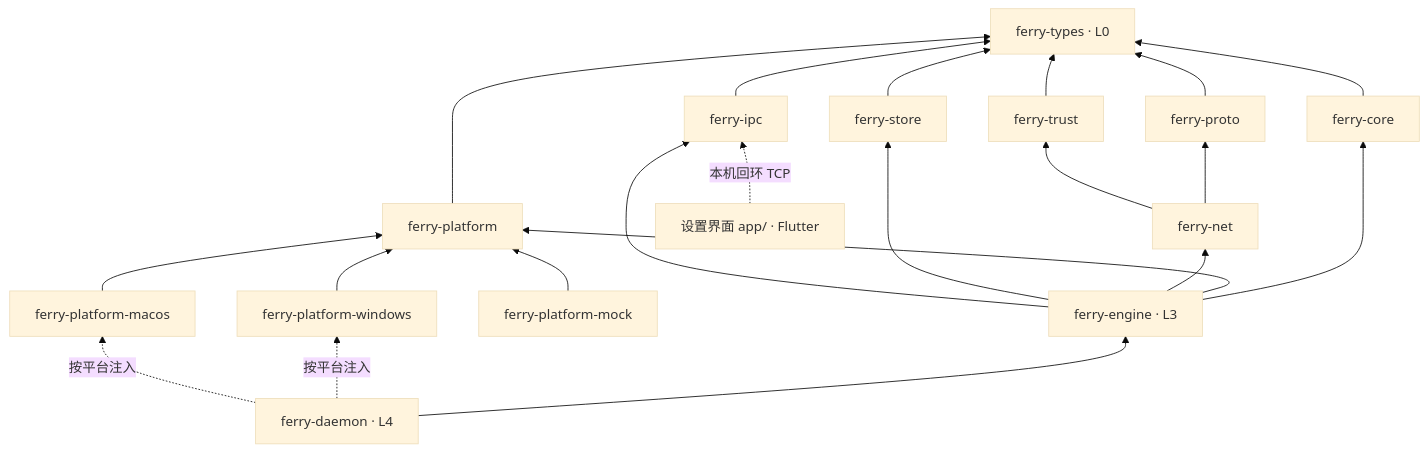
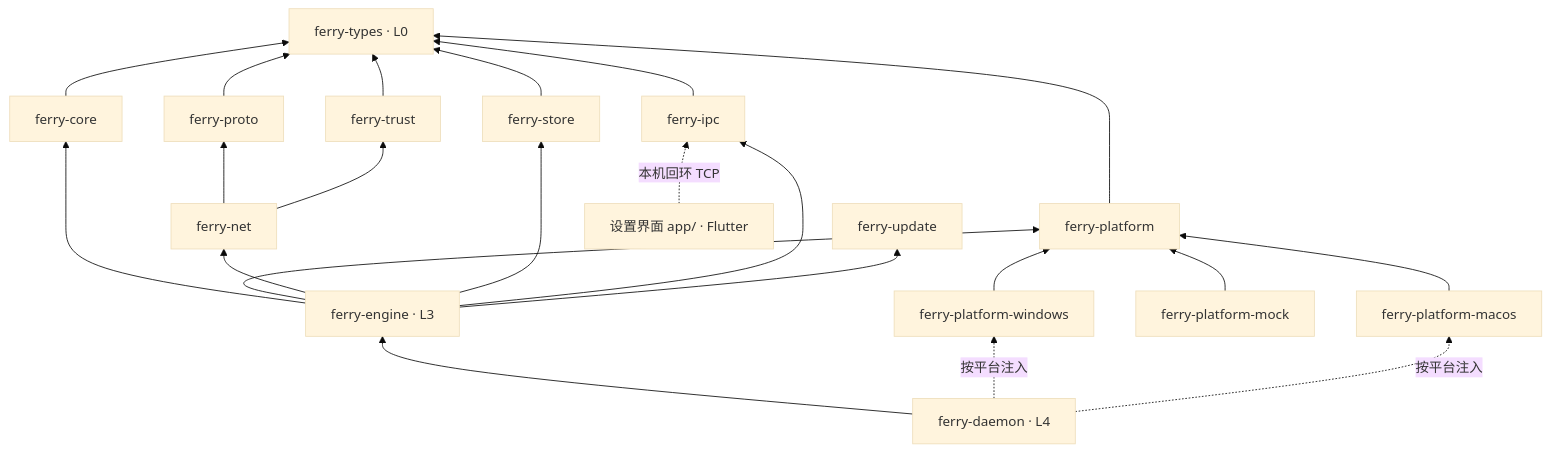
The diagram in docs/architecture.md (HoweverXZ/screen-ferry), drawn with Mermaid (base theme) before and after one commit. The commit also changed other lines of this file and 88 other files, not shown here.

````diff
--- a/docs/architecture.md
+++ b/docs/architecture.md
@@ -39,24 +39,26 @@
 ```mermaid
 graph BT
   types[ferry-types · L0]
   proto[ferry-proto] --> types
   core[ferry-core] --> types
   trust[ferry-trust] --> types
   platform[ferry-platform] --> types
+  update[ferry-update]
   win[ferry-platform-windows] --> platform
   mac[ferry-platform-macos] --> platform
   mock[ferry-platform-mock] --> platform
   net[ferry-net] --> proto
   net --> trust
   store[ferry-store] --> types
   ipc[ferry-ipc] --> types
   engine[ferry-engine · L3] --> core
   engine --> platform
   engine --> net
   engine --> store
   engine --> ipc
+  engine --> update
   daemon[ferry-daemon · L4] --> engine
   daemon -.按平台注入.-> win
   daemon -.按平台注入.-> mac
   app[设置界面 app/ · Flutter] -.本机回环 TCP.-> ipc
 ```
````
